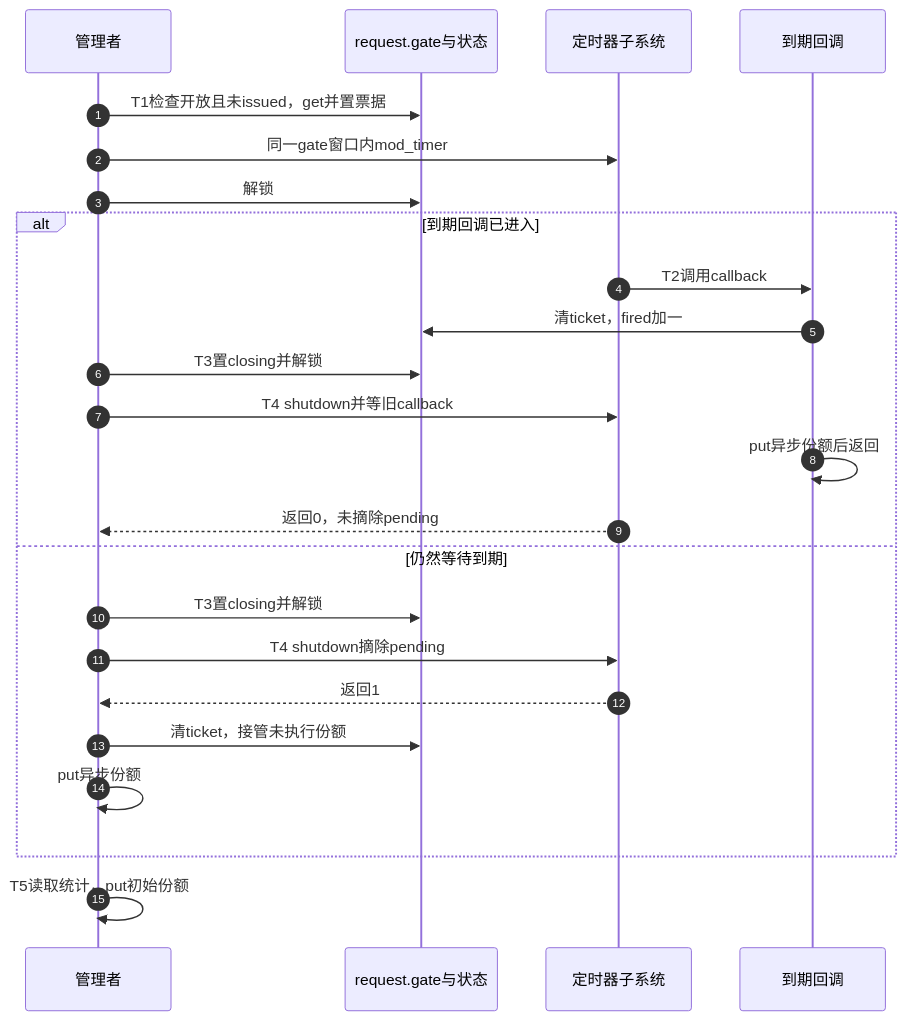
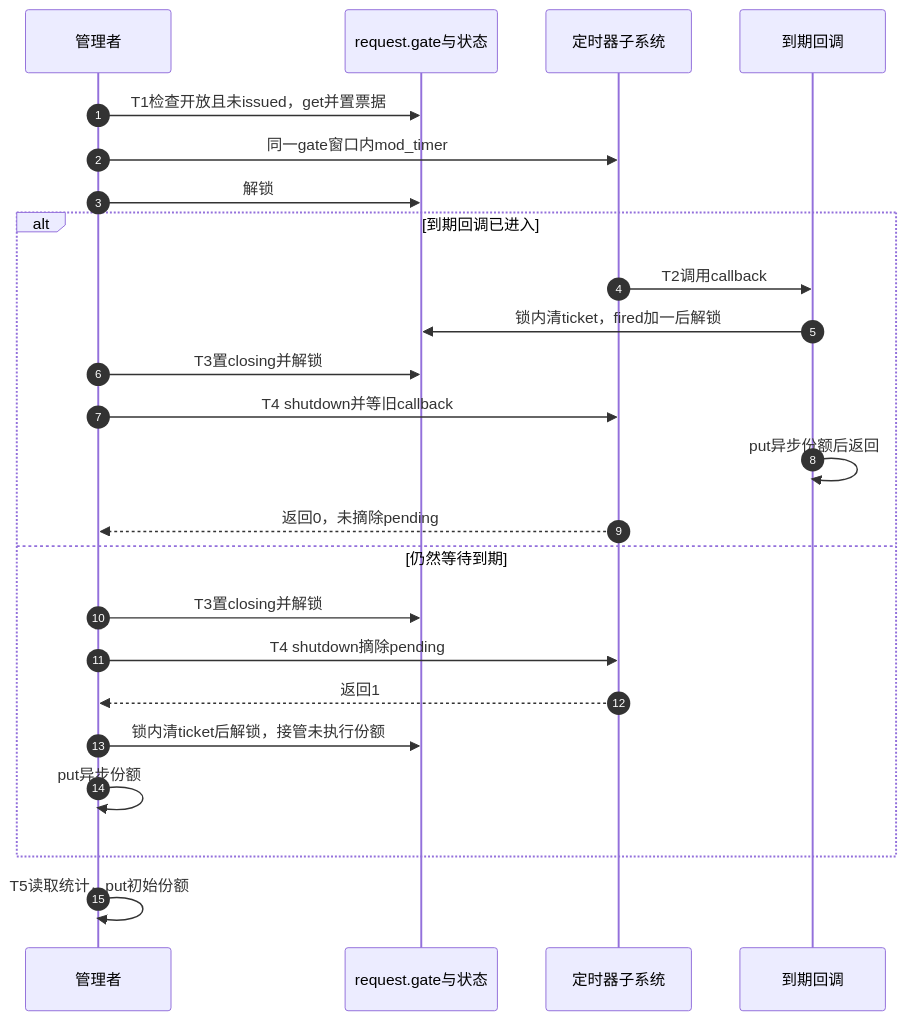
One commit to FormingSystem/linux_note changed the second of 2 diagrams in knowledge/linux/object_lifetime/kref/P21_定时器交付与同步关闭模板.md. Above: the diagram before and after it, drawn with Mermaid. The commit also changed other lines of this file, not shown here.

````diff
--- a/knowledge/linux/object_lifetime/kref/P21_定时器交付与同步关闭模板.md
+++ b/knowledge/linux/object_lifetime/kref/P21_定时器交付与同步关闭模板.md
@@ -61,26 +62,26 @@
 ```mermaid
 sequenceDiagram
     autonumber
     participant M as 管理者
     participant G as request.gate与状态
     participant B as 定时器子系统
     participant C as 到期回调
     M->>G: T1检查开放且未issued，get并置票据
     M->>B: 同一gate窗口内mod_timer
     M->>G: 解锁
     alt 到期回调已进入
         B->>C: T2调用callback
-        C->>G: 清ticket，fired加一
+        C->>G: 锁内清ticket，fired加一后解锁
         M->>G: T3置closing并解锁
         M->>B: T4 shutdown并等旧callback
         C->>C: put异步份额后返回
         B-->>M: 返回0，未摘除pending
     else 仍然等待到期
         M->>G: T3置closing并解锁
         M->>B: T4 shutdown摘除pending
         B-->>M: 返回1
-        M->>G: 清ticket，接管未执行份额
+        M->>G: 锁内清ticket后解锁，接管未执行份额
         M->>M: put异步份额
     end
     M->>M: T5读取统计，put初始份额
 ```
````
